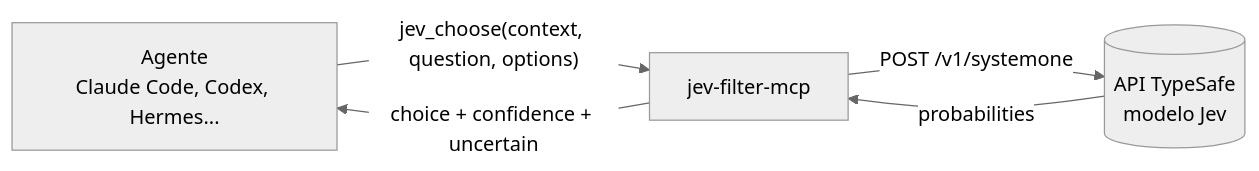
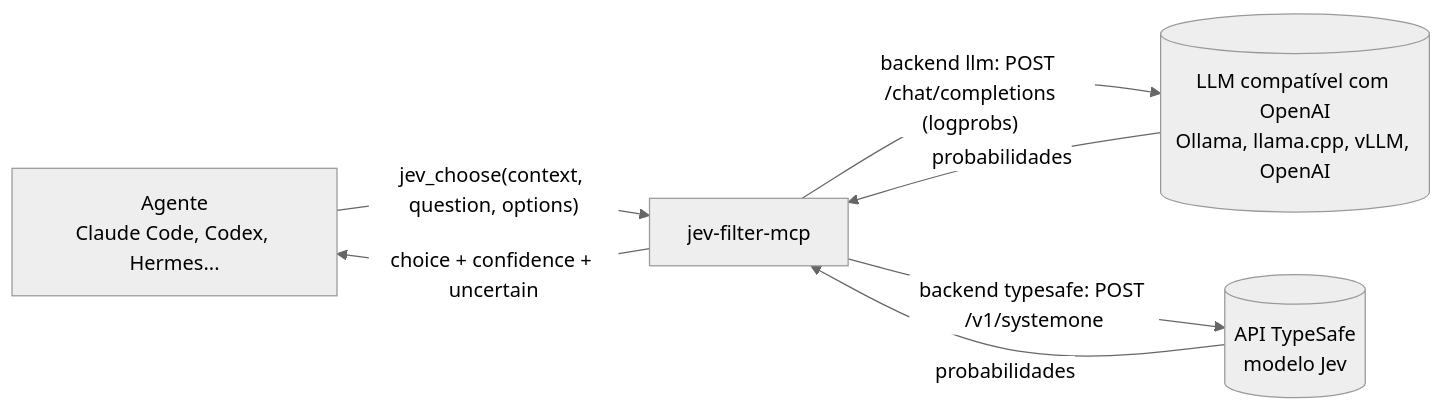
The diagram in README.pt-BR.md (PedroRamosPereira/choose-mcp), drawn with Mermaid (neutral theme) before and after one commit. The commit also changed other lines of this file and 7 other files, not shown here.

First line of the commit message:
Add optional OpenAI-compatible llm backend and calibration script

````diff
--- a/README.pt-BR.md
+++ b/README.pt-BR.md
@@ -59,7 +75,9 @@
 ```mermaid
 flowchart LR
     A[Agente<br/>Claude Code, Codex, Hermes...] -- "jev_choose(context, question, options)" --> S[jev-filter-mcp]
-    S -- "POST /v1/systemone" --> J[(API TypeSafe<br/>modelo Jev)]
-    J -- probabilities --> S
+    S -- "backend llm: POST /chat/completions<br/>(logprobs)" --> L[(LLM compatível com OpenAI<br/>Ollama, llama.cpp, vLLM, OpenAI)]
+    S -- "backend typesafe: POST /v1/systemone" --> J[(API TypeSafe<br/>modelo Jev)]
+    L -- probabilidades --> S
+    J -- probabilidades --> S
     S -- "choice + confidence + uncertain" --> A
 ```
````
